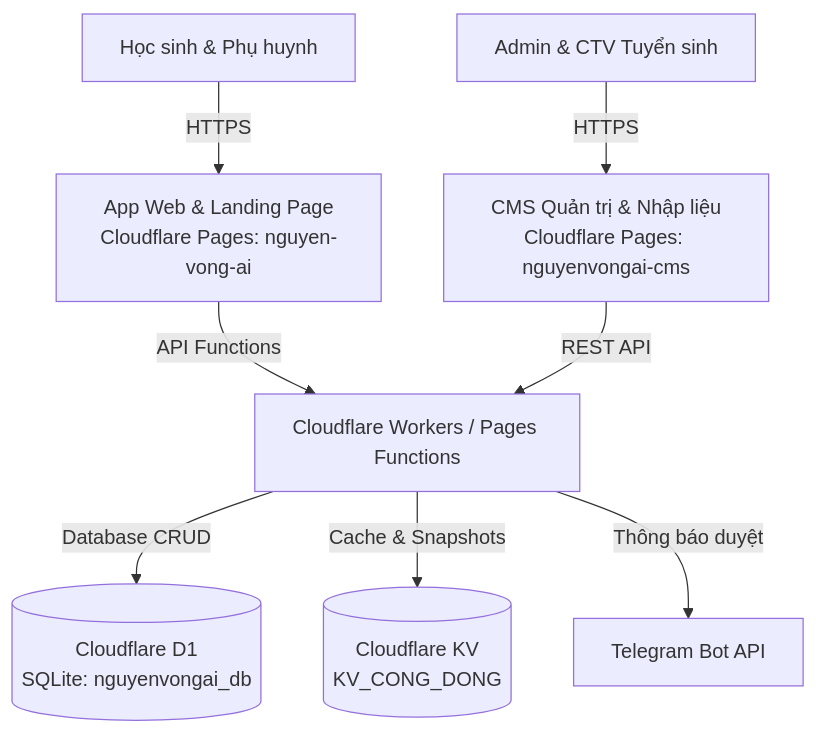
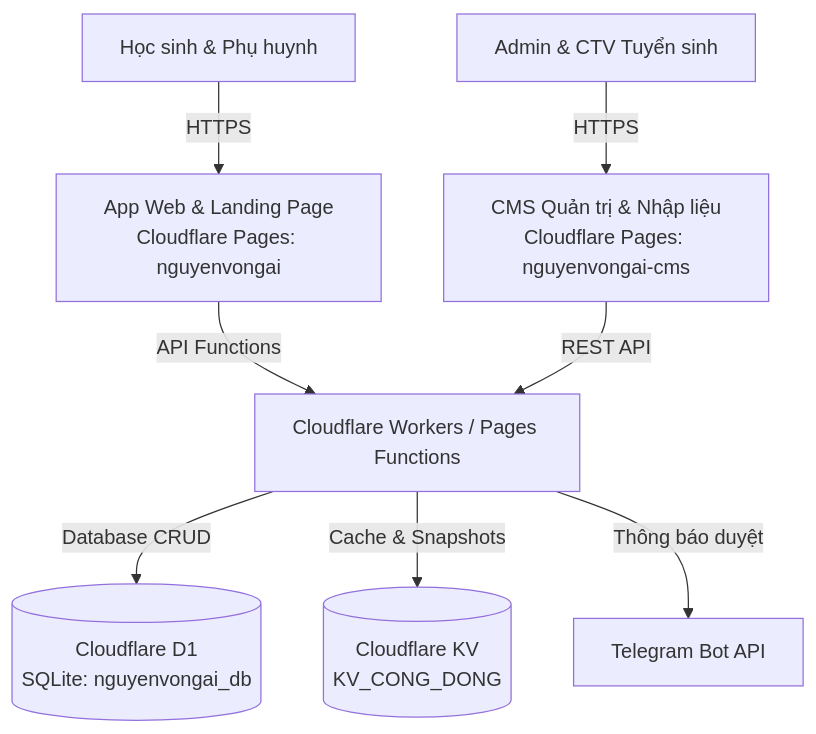
The second of 2 diagrams in README.md (manhdungcr7/MLAI_HoTroTuyenSinh), drawn with Mermaid before and after one commit. The commit also changed other lines of this file, not shown here.

````diff
--- a/README.md
+++ b/README.md
@@ -64,12 +64,12 @@
 ```mermaid
 graph TD
-    A[Học sinh & Phụ huynh] -->|HTTPS| B[App Web & Landing Page\nCloudflare Pages: nguyen-vong-ai]
+    A[Học sinh & Phụ huynh] -->|HTTPS| B[App Web & Landing Page\nCloudflare Pages: nguyenvongai]
     C[Admin & CTV Tuyển sinh] -->|HTTPS| D[CMS Quản trị & Nhập liệu\nCloudflare Pages: nguyenvongai-cms]
     
     B -->|API Functions| E[Cloudflare Workers / Pages Functions]
     D -->|REST API| E
     
     E -->|Database CRUD| F[(Cloudflare D1\nSQLite: nguyenvongai_db)]
     E -->|Cache & Snapshots| G[(Cloudflare KV\nKV_CONG_DONG)]
     E -->|Thông báo duyệt| H[Telegram Bot API]
 ```
````
